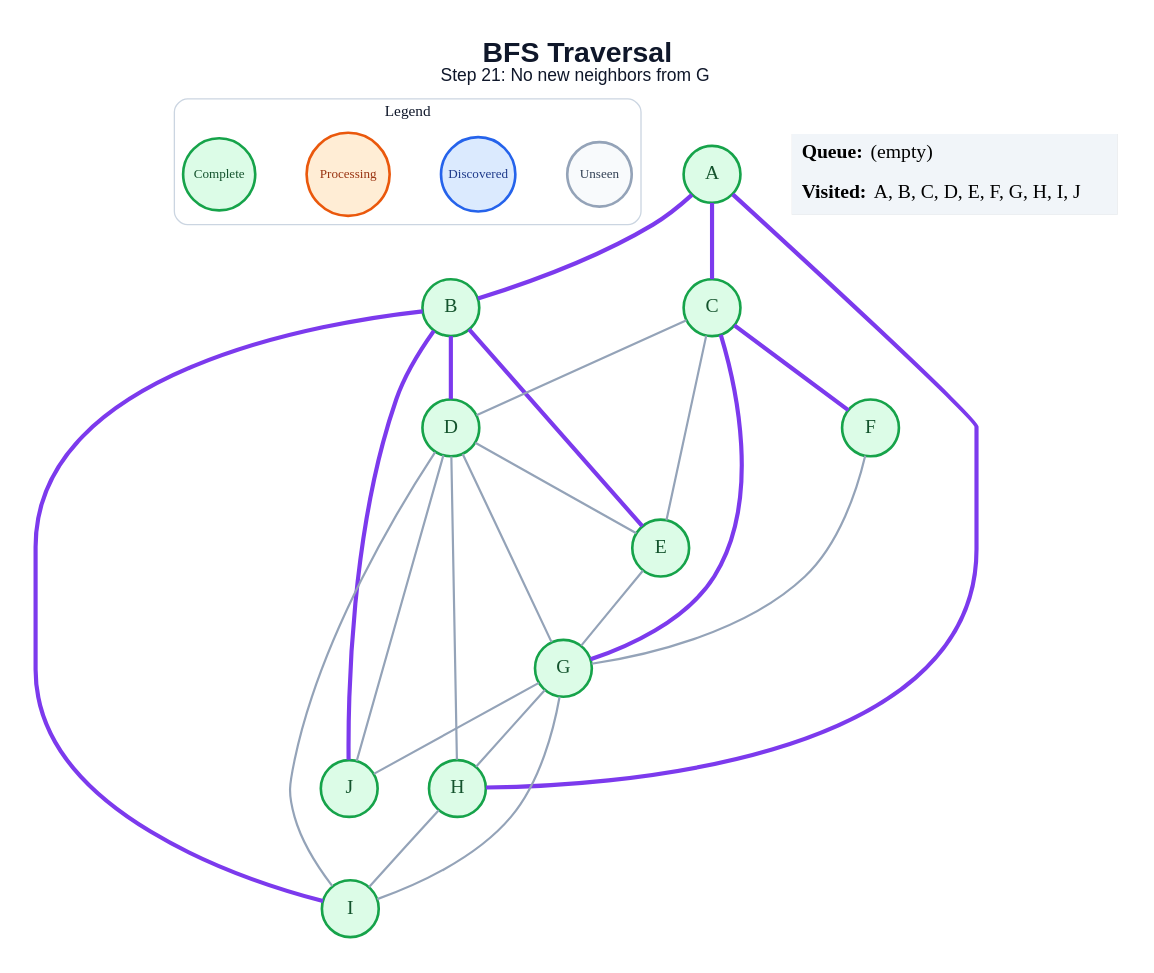
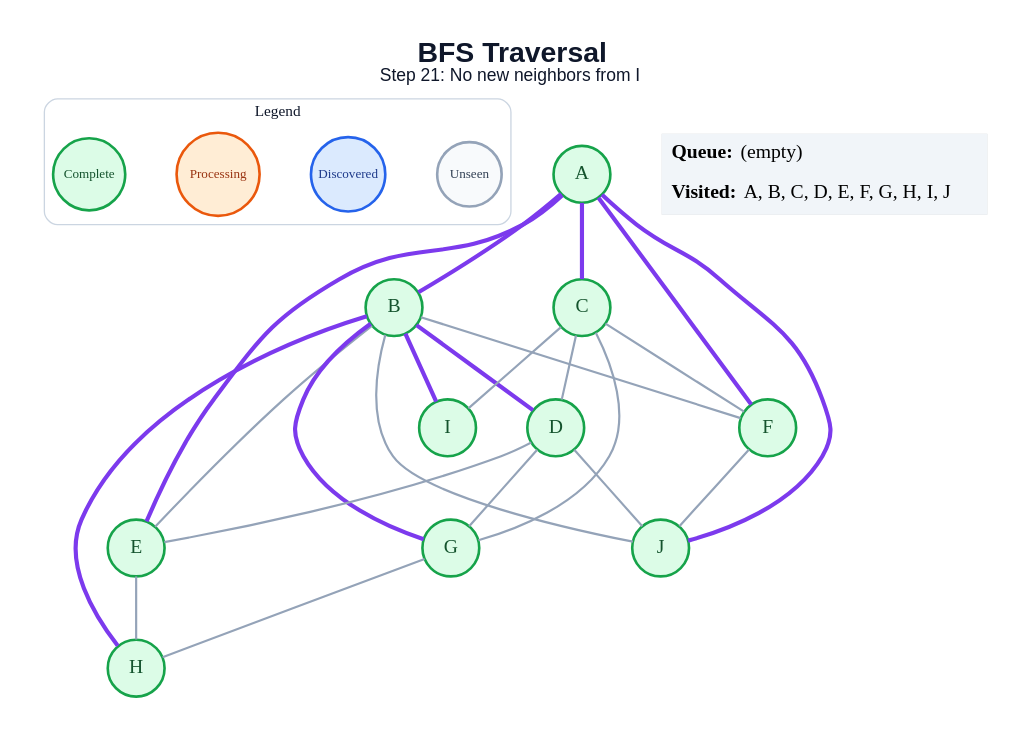
Before and after one commit to anon7238593-create/ai-slop: the diagram in generated/bfs/step_21.dot, drawn with Graphviz. The commit also changed 178 other files, not shown here.

```diff
--- a/generated/bfs/step_21.dot
+++ b/generated/bfs/step_21.dot
@@ -1,51 +1,51 @@
 graph traversal {
   graph [layout=dot, rankdir=TB, bgcolor="#FFFFFF", pad="0.35", nodesep="0.65", ranksep="0.8", fontname="Arial"];
   node [shape=circle, style="filled", fontname="Arial Bold", fontsize=18, width=0.72, fixedsize=true, penwidth=2.4];
   edge [color="#94A3B8", penwidth=2.0];
-  label=<<B>BFS Traversal</B><BR/><FONT POINT-SIZE="16">Step 21: No new neighbors from G</FONT>>; labelloc="t"; fontsize=26; fontname="Arial"; fontcolor="#0F172A";
+  label=<<B>BFS Traversal</B><BR/><FONT POINT-SIZE="16">Step 21: No new neighbors from I</FONT>>; labelloc="t"; fontsize=26; fontname="Arial"; fontcolor="#0F172A";
   subgraph cluster_legend { label="Legend"; color="#CBD5E1"; penwidth=1.2; style="rounded"; fontsize=14; fontname="Arial Bold";
     key_unseen [label="Unseen", fillcolor="#F8FAFC", color="#94A3B8", fontcolor="#334155", fontsize=12, width=0.82];
     key_frontier [label="Discovered", fillcolor="#DBEAFE", color="#2563EB", fontcolor="#1E3A8A", fontsize=12, width=0.95];
     key_current [label="Processing", fillcolor="#FFEDD5", color="#EA580C", fontcolor="#9A3412", fontsize=12, width=1.05];
     key_done [label="Complete", fillcolor="#DCFCE7", color="#16A34A", fontcolor="#14532D", fontsize=12, width=0.92];
     { rank=same; key_unseen; key_frontier; key_current; key_done; }
   }
   A [fillcolor="#DCFCE7", color="#16A34A", fontcolor="#14532D"];
   B [fillcolor="#DCFCE7", color="#16A34A", fontcolor="#14532D"];
   C [fillcolor="#DCFCE7", color="#16A34A", fontcolor="#14532D"];
   D [fillcolor="#DCFCE7", color="#16A34A", fontcolor="#14532D"];
   E [fillcolor="#DCFCE7", color="#16A34A", fontcolor="#14532D"];
   F [fillcolor="#DCFCE7", color="#16A34A", fontcolor="#14532D"];
   G [fillcolor="#DCFCE7", color="#16A34A", fontcolor="#14532D"];
   H [fillcolor="#DCFCE7", color="#16A34A", fontcolor="#14532D"];
   I [fillcolor="#DCFCE7", color="#16A34A", fontcolor="#14532D"];
   J [fillcolor="#DCFCE7", color="#16A34A", fontcolor="#14532D"];
   A -- B [color="#7C3AED", penwidth=3.8];
   A -- C [color="#7C3AED", penwidth=3.8];
-  A -- H [color="#7C3AED", penwidth=3.8];
+  A -- E [color="#7C3AED", penwidth=3.8];
+  A -- F [color="#7C3AED", penwidth=3.8];
+  A -- J [color="#7C3AED", penwidth=3.8];
   B -- D [color="#7C3AED", penwidth=3.8];
-  B -- E [color="#7C3AED", penwidth=3.8];
+  B -- E;
+  B -- F;
+  B -- G [color="#7C3AED", penwidth=3.8];
+  B -- H [color="#7C3AED", penwidth=3.8];
   B -- I [color="#7C3AED", penwidth=3.8];
-  B -- J [color="#7C3AED", penwidth=3.8];
+  B -- J;
   C -- D;
-  C -- E;
-  C -- F [color="#7C3AED", penwidth=3.8];
-  C -- G [color="#7C3AED", penwidth=3.8];
+  C -- F;
+  C -- G;
+  C -- I;
   D -- E;
   D -- G;
-  D -- H;
-  D -- I;
   D -- J;
-  E -- G;
-  F -- G;
+  E -- H;
+  F -- J;
   G -- H;
-  G -- I;
-  G -- J;
-  H -- I;
   status [shape=plain, fixedsize=false, width=0, height=0, margin=0, label=<
     <TABLE BORDER="0" CELLBORDER="0" CELLPADDING="7" BGCOLOR="#F1F5F9">
       <TR><TD ALIGN="LEFT"><B>Queue:</B> (empty)</TD></TR>
       <TR><TD ALIGN="LEFT"><B>Visited:</B> A, B, C, D, E, F, G, H, I, J</TD></TR>
     </TABLE>
   >];
 }
```
